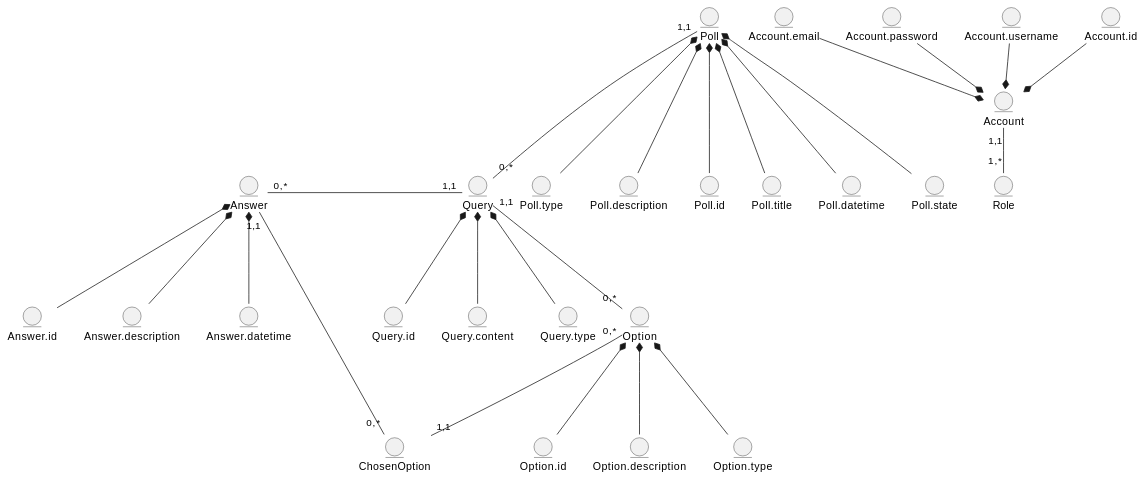
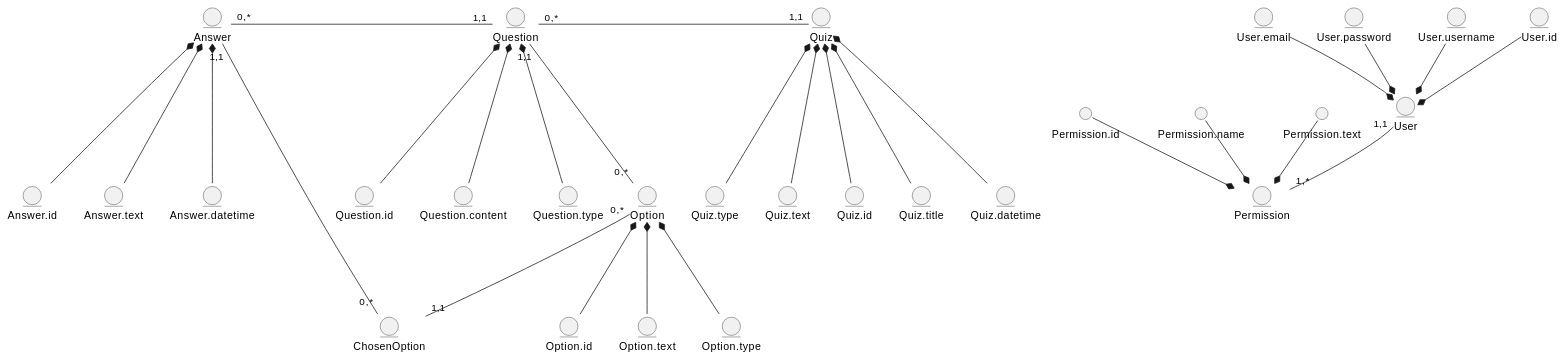
Before and after one commit to edu-db/edu_db_labs: the first of 2 diagrams in docs/design/README.md, drawn with PlantUML. The commit also changed other lines of this file, not shown here.

Commit message:
ER-model

```diff
--- a/docs/design/README.md
+++ b/docs/design/README.md
@@ -9,74 +9,66 @@
 @startuml
 
-  
-entity Poll
-  
-entity Query
-entity Query.id
-entity Query.content
-entity Query.type
+entity Quiz
+entity Quiz.type
+entity Quiz.text
+entity Quiz.id
+entity Quiz.title
+entity Quiz.datetime
 
+entity Question
+entity Question.id
+entity Question.content
+entity Question.type
 
-entity Account
-entity Account.email
-entity Account.password
-entity Account.username
-entity Account.id
+entity User
+entity User.email
+entity User.password
+entity User.username
+entity User.id
 
-
-entity Poll
-entity Poll.type
-entity Poll.description
-entity Poll.id
-entity Poll.title
-entity Poll.datetime
-entity Poll.state
-
-entity Role
-Account.email --* Account
-Account.password --* Account
-Account.username --* Account
-Account.id --* Account
+entity Permission
+User.email --* User
+User.password --* User
+User.username --* User
+User.id --* User
+Permission "1,*" -u- "1,1" User
+Permission.id --* Permission
+Permission.name --* Permission
+Permission.text --* Permission
 
 entity Option
 entity Option.id
-entity Option.description
+entity Option.text
 entity Option.type
 
 entity ChosenOption
 entity Answer
 entity Answer.id
-entity Answer.description 
+entity Answer.text 
 entity Answer.datetime
 
+Quiz *--- Quiz.id
+Quiz *--- Quiz.text
+Quiz *--- Quiz.type
+Quiz *--- Quiz.title
+Quiz *--- Quiz.datetime
 
-
-
-Role "1,*" -u- "1,1"Account
-
-Poll *--- Poll.id
-Poll *--- Poll.description
-Poll *--- Poll.type
-Poll *--- Poll.title
-Poll *--- Poll.datetime
-Poll *--- Poll.state
-
-Query *--- Query.id
-Query *--- Query.content
-Query *--- Query.type
+Question *--- Question.id
+Question *--- Question.content
+Question *--- Question.type
 
 Option *--- Option.id
-Option *--- Option.description
+Option *--- Option.text
 Option *--- Option.type
 
 Answer *--- Answer.id
-Answer *--- Answer.description
+Answer *--- Answer.text
 Answer *--- Answer.datetime
 
-Poll "1,1"--- "0,*" Query
-Query "1,1" --- "0,*" Option
-Query "1,1" --l-- "0,*" Answer
+Quiz "1,1"--l-- "0,*" Question
+Question "1,1" --- "0,*" Option
+Question "1,1" --l-- "0,*" Answer
 Option "0,*" --- "1,1" ChosenOption
 ChosenOption "0,*" --- "1,1" Answer
 
 @enduml
```
